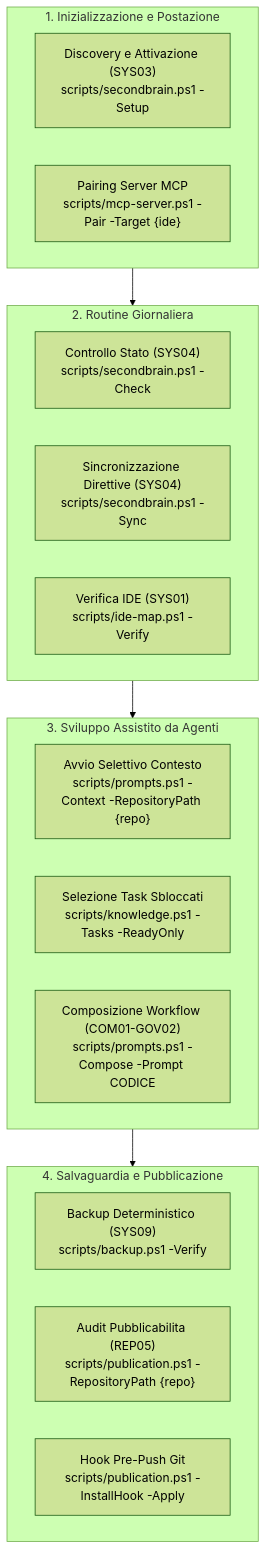
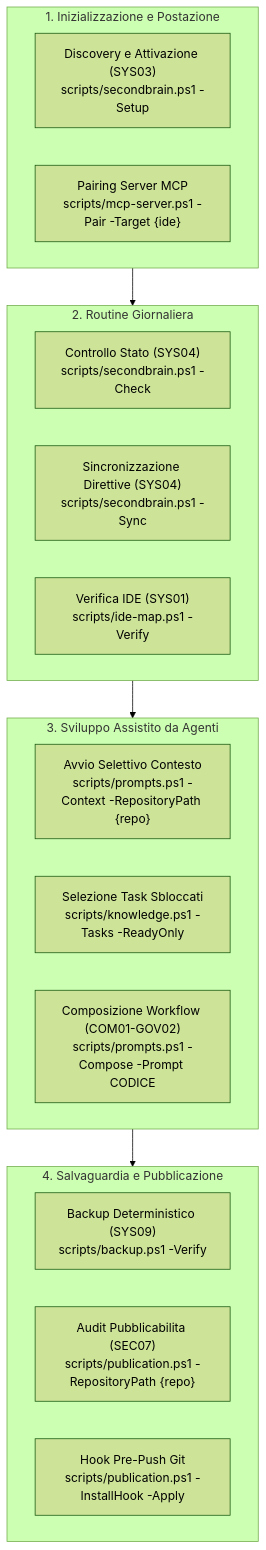
The diagram in docs/riferimento/operations.md (dennidalpos/secondbrain), drawn with Mermaid (forest theme) before and after one commit. The commit also changed other lines of this file and 113 other files, not shown here.

````diff
--- a/docs/riferimento/operations.md
+++ b/docs/riferimento/operations.md
@@ -9,29 +9,29 @@
 ```mermaid
 flowchart TD
     subgraph Setup["1. Inizializzazione e Postazione"]
         SYS03Node["Discovery e Attivazione (SYS03)<br/>scripts/secondbrain.ps1 -Setup"]
         MCP["Pairing Server MCP<br/>scripts/mcp-server.ps1 -Pair -Target {ide}"]
     end
 
     subgraph Quotidiano["2. Routine Giornaliera"]
         CHK["Controllo Stato (SYS04)<br/>scripts/secondbrain.ps1 -Check"]
         SYNC["Sincronizzazione Direttive (SYS04)<br/>scripts/secondbrain.ps1 -Sync"]
         IDE["Verifica IDE (SYS01)<br/>scripts/ide-map.ps1 -Verify"]
     end
 
     subgraph Sviluppo["3. Sviluppo Assistito da Agenti"]
         START["Avvio Selettivo Contesto<br/>scripts/prompts.ps1 -Context -RepositoryPath {repo}"]
         TASKS["Selezione Task Sbloccati<br/>scripts/knowledge.ps1 -Tasks -ReadyOnly"]
         PROMPT["Composizione Workflow (COM01-GOV02)<br/>scripts/prompts.ps1 -Compose -Prompt CODICE"]
     end
 
     subgraph Pubblicazione["4. Salvaguardia e Pubblicazione"]
         SYS09Node["Backup Deterministico (SYS09)<br/>scripts/backup.ps1 -Verify"]
-        REP05Node["Audit Pubblicabilita (REP05)<br/>scripts/publication.ps1 -RepositoryPath {repo}"]
+        SEC07Node["Audit Pubblicabilita (SEC07)<br/>scripts/publication.ps1 -RepositoryPath {repo}"]
         HOOK["Hook Pre-Push Git<br/>scripts/publication.ps1 -InstallHook -Apply"]
     end
 
     Setup --> Quotidiano
     Quotidiano --> Sviluppo
     Sviluppo --> Pubblicazione
 ```
````
